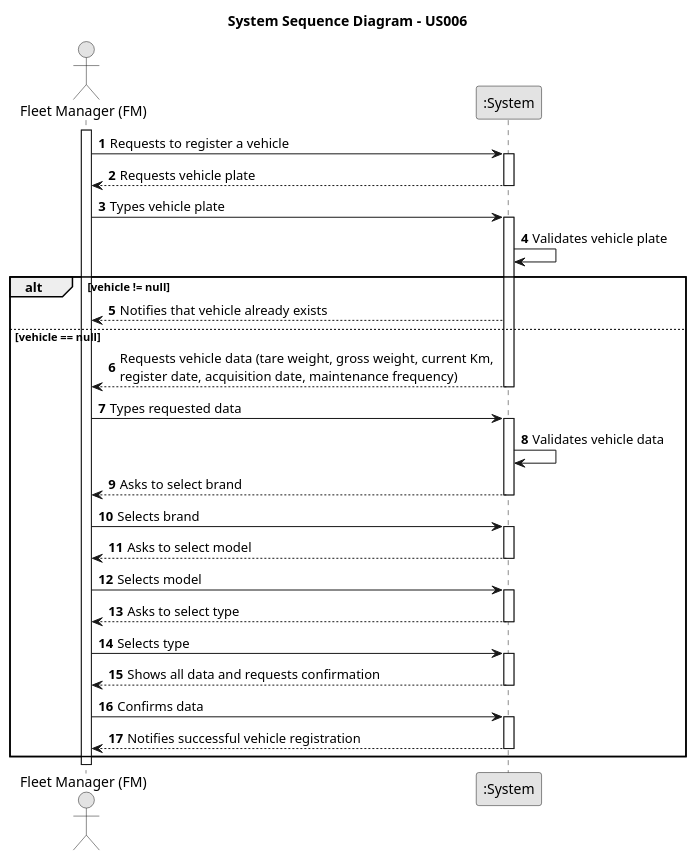
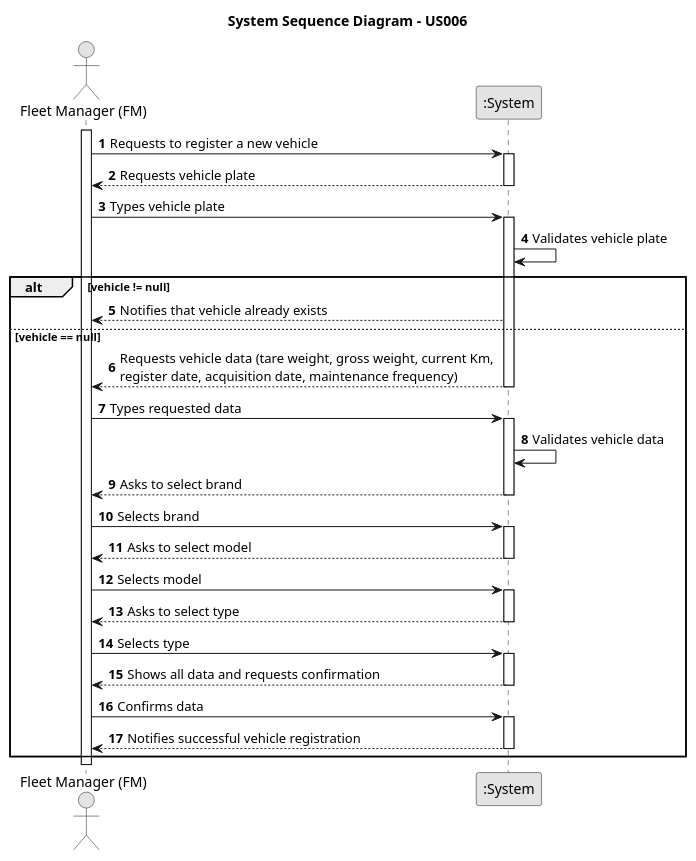
Before and after one commit to RicardoMorim/lapr2-ISEP-Project: the diagram in docs/sprintB/us006/01.requirements-engineering/puml/us006-system-sequence-diagram-alternative-one.puml, drawn with PlantUML. The commit also changed 15 other files, not shown here.

```diff
--- a/docs/sprintB/us006/01.requirements-engineering/puml/us006-system-sequence-diagram-alternative-one.puml
+++ b/docs/sprintB/us006/01.requirements-engineering/puml/us006-system-sequence-diagram-alternative-one.puml
@@ -1,51 +1,51 @@
 @startuml
 skinparam monochrome true
 skinparam packageStyle rectangle
 skinparam shadowing false
 
 actor "Fleet Manager (FM)" as FM
 participant ":System" as System
 autonumber
 
 title System Sequence Diagram - US006
 activate FM
 
-FM -> System : Requests to register a vehicle
+FM -> System : Requests to register a new vehicle
 activate System
 System --> FM : Requests vehicle plate
 deactivate System
 FM -> System : Types vehicle plate
 activate System
 System -> System : Validates vehicle plate
 
 alt vehicle != null
     System --> FM : Notifies that vehicle already exists
     else vehicle == null
     System --> FM : Requests vehicle data (tare weight, gross weight, current Km, \nregister date, acquisition date, maintenance frequency)
 
 deactivate System
     FM -> System : Types requested data
     activate System
 
 System -> System: Validates vehicle data
     System --> FM : Asks to select brand
     deactivate System
     FM -> System : Selects brand
     activate System
     System --> FM : Asks to select model
     deactivate System
     FM -> System : Selects model
     activate System
     System --> FM : Asks to select type
     deactivate System
     FM -> System : Selects type
     activate System
     System --> FM : Shows all data and requests confirmation
     deactivate System
 deactivate System
     FM -> System : Confirms data
     activate System
     System --> FM: Notifies successful vehicle registration
 deactivate System
 end
 @enduml
```
